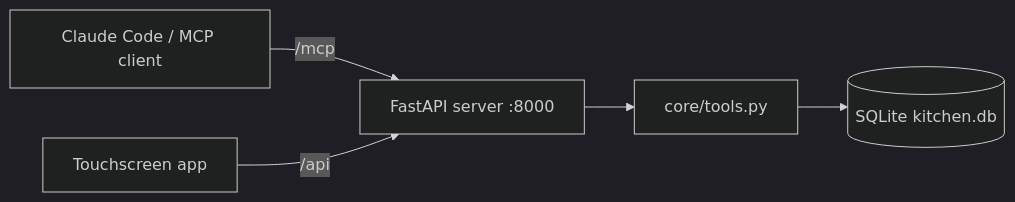
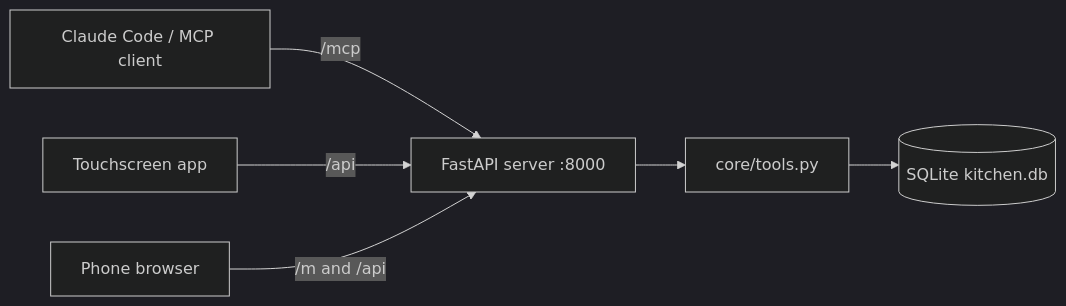
Before and after one commit to chrislojacono/kitchen-hub: the diagram in README.md, drawn with Mermaid (dark theme). The commit also changed other lines of this file and 5 other files, not shown here.

````diff
--- a/README.md
+++ b/README.md
@@ -19,7 +22,8 @@
 ```mermaid
 flowchart LR
     CC[Claude Code / MCP client] -- /mcp --> S
     UI[Touchscreen app] -- /api --> S
+    PH[Phone browser] -- /m and /api --> S
     S[FastAPI server :8000] --> T[core/tools.py]
     T --> DB[(SQLite kitchen.db)]
 ```
````
